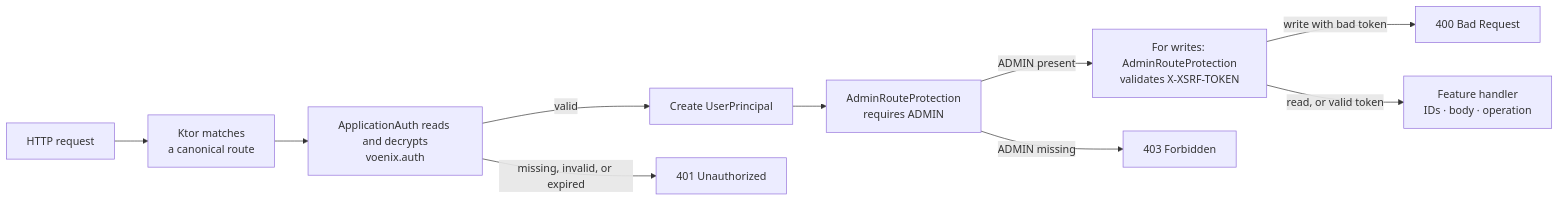
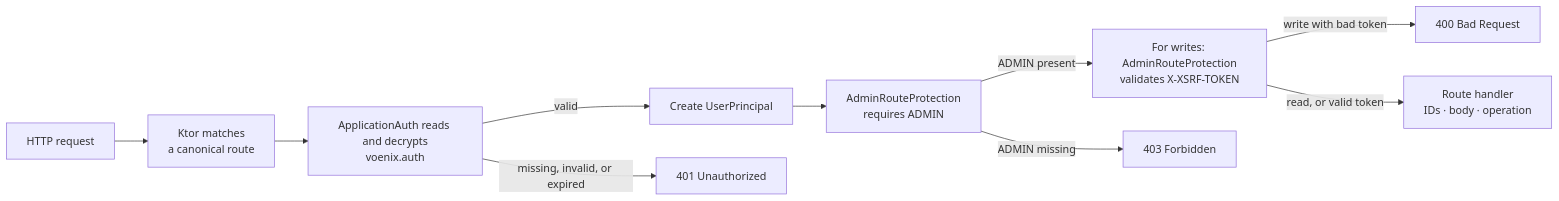
One commit to bitstorm-tech/voenix-shop-kotlin changed the diagram in docs/dev/backend/authentication-and-authorization.md. Above: the diagram before and after it, drawn with Mermaid. The commit also changed other lines of this file and 27 other files, not shown here.

````diff
--- a/docs/dev/backend/authentication-and-authorization.md
+++ b/docs/dev/backend/authentication-and-authorization.md
@@ -48,20 +48,20 @@
 ```mermaid
 flowchart LR
     Request["HTTP request"]
     Match["Ktor matches<br/>a canonical route"]
     Cookie["ApplicationAuth reads and decrypts<br/>voenix.auth"]
     Principal["Create UserPrincipal"]
     Role["AdminRouteProtection<br/>requires ADMIN"]
     Csrf["For writes: AdminRouteProtection<br/>validates X-XSRF-TOKEN"]
-    Handler["Feature handler<br/>IDs · body · operation"]
+    Handler["Route handler<br/>IDs · body · operation"]
 
     Request --> Match
     Match --> Cookie
     Cookie -->|"missing, invalid, or expired"| Unauthorized["401 Unauthorized"]
     Cookie -->|"valid"| Principal
     Principal --> Role
     Role -->|"ADMIN missing"| Forbidden["403 Forbidden"]
     Role -->|"ADMIN present"| Csrf
     Csrf -->|"write with bad token"| BadRequest["400 Bad Request"]
     Csrf -->|"read, or valid token"| Handler
 ```
````
